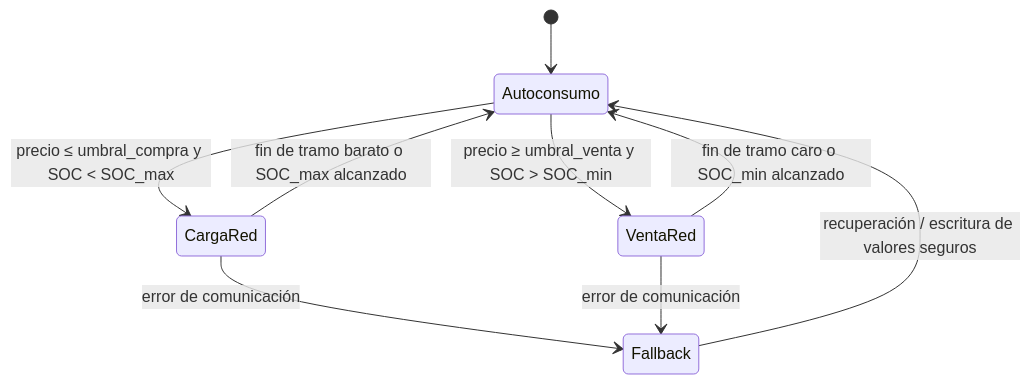
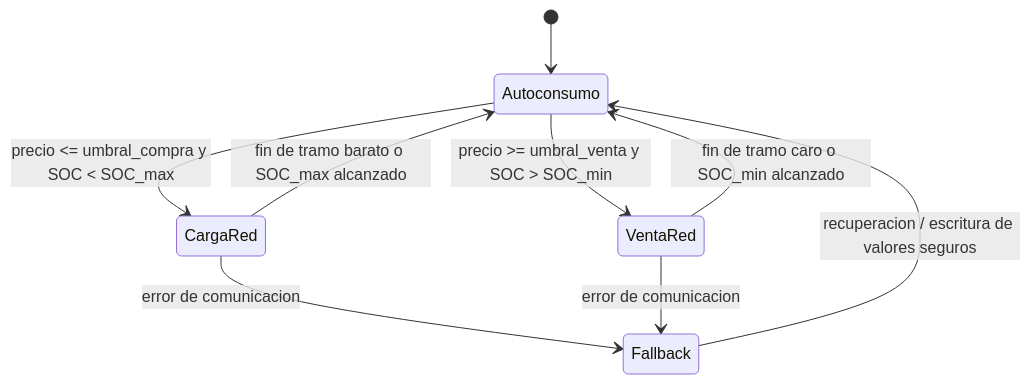
The fourth of 4 diagrams in SPEC.md (acarrilloa/optimizador-bateria-omie), drawn with Mermaid before and after one commit. The commit also changed other lines of this file and 1 other file, not shown here.

````diff
--- a/SPEC.md
+++ b/SPEC.md
@@ -221,11 +223,11 @@
 ```mermaid
 stateDiagram-v2
   [*] --> Autoconsumo
-  Autoconsumo --> CargaRed : precio ≤ umbral_compra y SOC < SOC_max
-  Autoconsumo --> VentaRed : precio ≥ umbral_venta y SOC > SOC_min
+  Autoconsumo --> CargaRed : precio <= umbral_compra y SOC < SOC_max
+  Autoconsumo --> VentaRed : precio >= umbral_venta y SOC > SOC_min
   CargaRed --> Autoconsumo : fin de tramo barato o SOC_max alcanzado
   VentaRed --> Autoconsumo : fin de tramo caro o SOC_min alcanzado
-  CargaRed --> Fallback : error de comunicación
-  VentaRed --> Fallback : error de comunicación
-  Fallback --> Autoconsumo : recuperación / escritura de valores seguros
+  CargaRed --> Fallback : error de comunicacion
+  VentaRed --> Fallback : error de comunicacion
+  Fallback --> Autoconsumo : recuperacion / escritura de valores seguros
 ```
````
